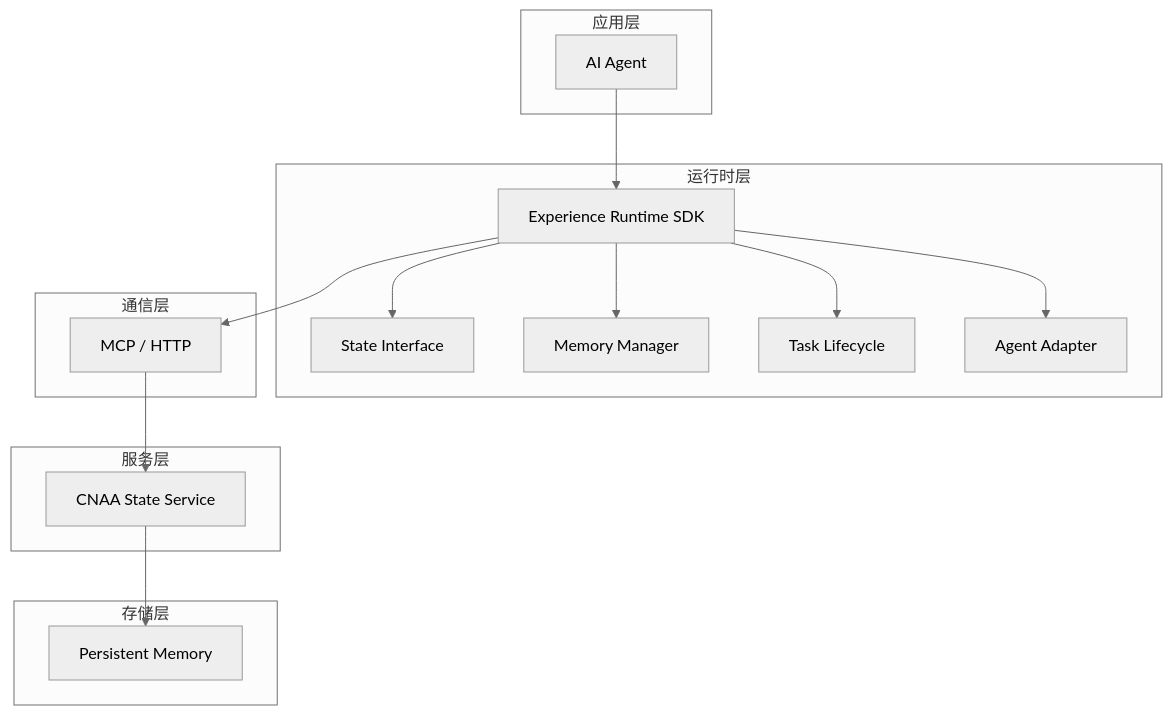
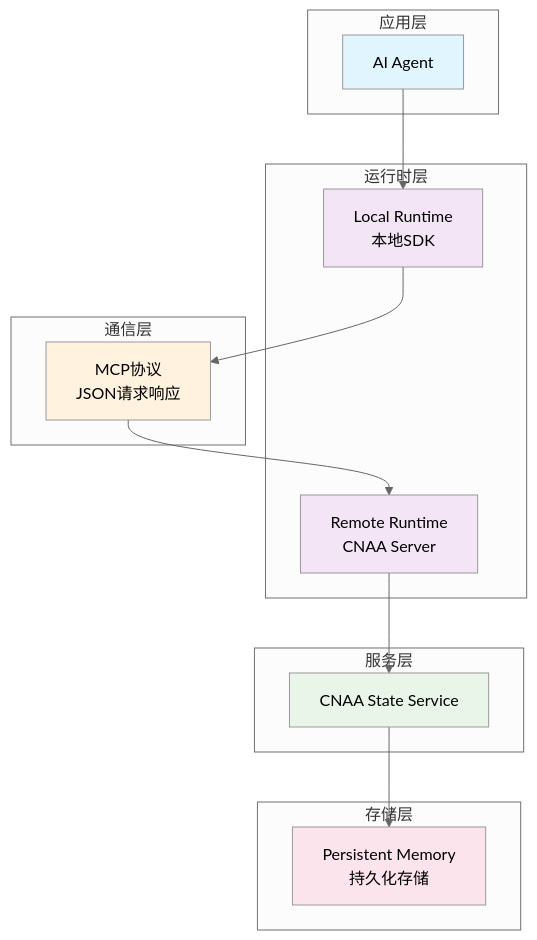
The diagram in .qoder/repowiki/zh/content/快速开始.md (lgx236/CNAA-Cloud-Native-Agent-Architecture-), drawn with Mermaid (neutral theme) before and after one commit. The commit also changed other lines of this file and 80 other files, not shown here.

````diff
--- a/.qoder/repowiki/zh/content/快速开始.md
+++ b/.qoder/repowiki/zh/content/快速开始.md
@@ -110,30 +151,30 @@
 ```mermaid
 graph TB
 subgraph "应用层"
 A[AI Agent]
 end
 subgraph "运行时层"
-B[Experience Runtime SDK]
-C[State Interface]
-D[Memory Manager]
-E[Task Lifecycle]
-F[Agent Adapter]
+B[Local Runtime<br/>本地SDK]
+C[Remote Runtime<br/>CNAA Server]
 end
 subgraph "通信层"
-G[MCP / HTTP]
+D[MCP协议<br/>JSON请求响应]
 end
 subgraph "服务层"
-H[CNAA State Service]
+E[CNAA State Service]
 end
 subgraph "存储层"
-I[Persistent Memory]
+F[Persistent Memory<br/>持久化存储]
 end
 A --> B
-B --> C
 B --> D
-B --> E
-B --> F
-B --> G
-G --> H
-H --> I
+D --> C
+C --> E
+E --> F
+style A fill:#e1f5fe
+style B fill:#f3e5f5
+style C fill:#f3e5f5
+style D fill:#fff3e0
+style E fill:#e8f5e8
+style F fill:#fce4ec
 ```
````
